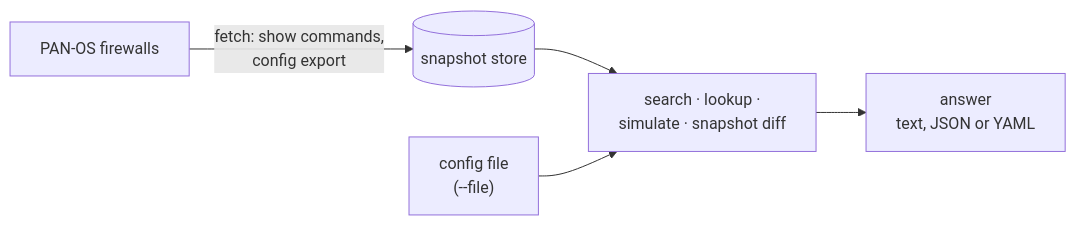
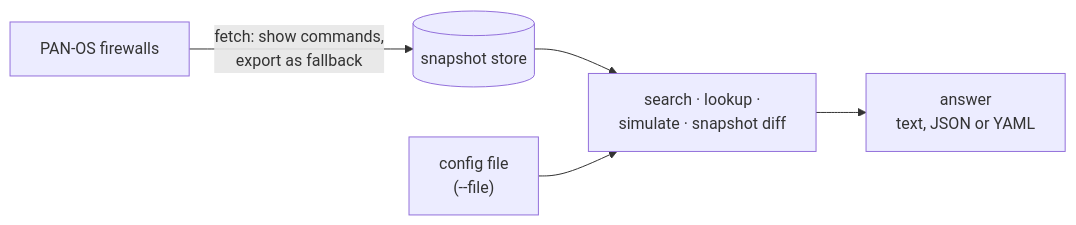
The diagram in docs/concepts/index.md (kaisero/proteus), drawn with Mermaid before and after one commit. The commit also changed other lines of this file and 39 other files, not shown here.

````diff
--- a/docs/concepts/index.md
+++ b/docs/concepts/index.md
@@ -8,7 +11,7 @@
 ```mermaid
 flowchart LR
-    FW["PAN-OS firewalls"] -->|"fetch: show commands,<br/>config export"| ST[("snapshot store")]
+    FW["PAN-OS firewalls"] -->|"fetch: show commands,<br/>export as fallback"| ST[("snapshot store")]
     ST --> Q["search · lookup ·<br/>simulate · snapshot diff"]
     F["config file<br/>(--file)"] --> Q
     Q --> A["answer<br/>text, JSON or YAML"]
 ```
````
